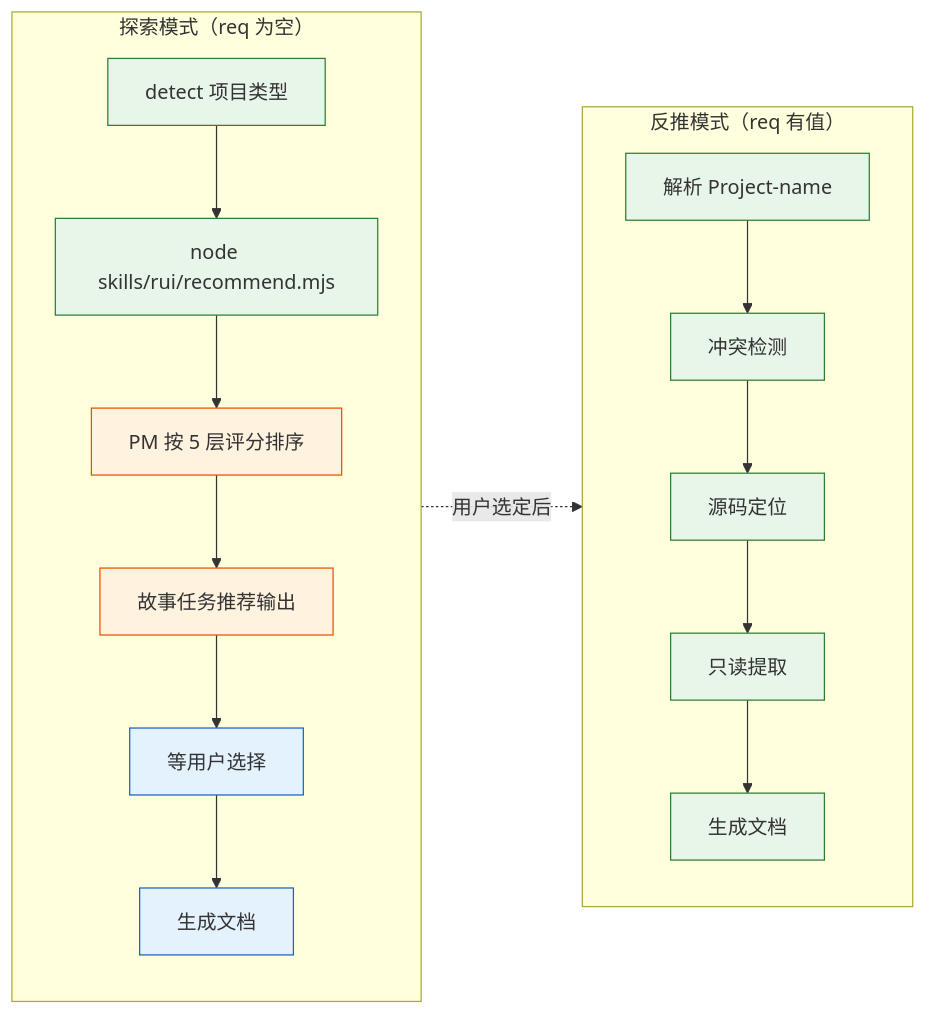
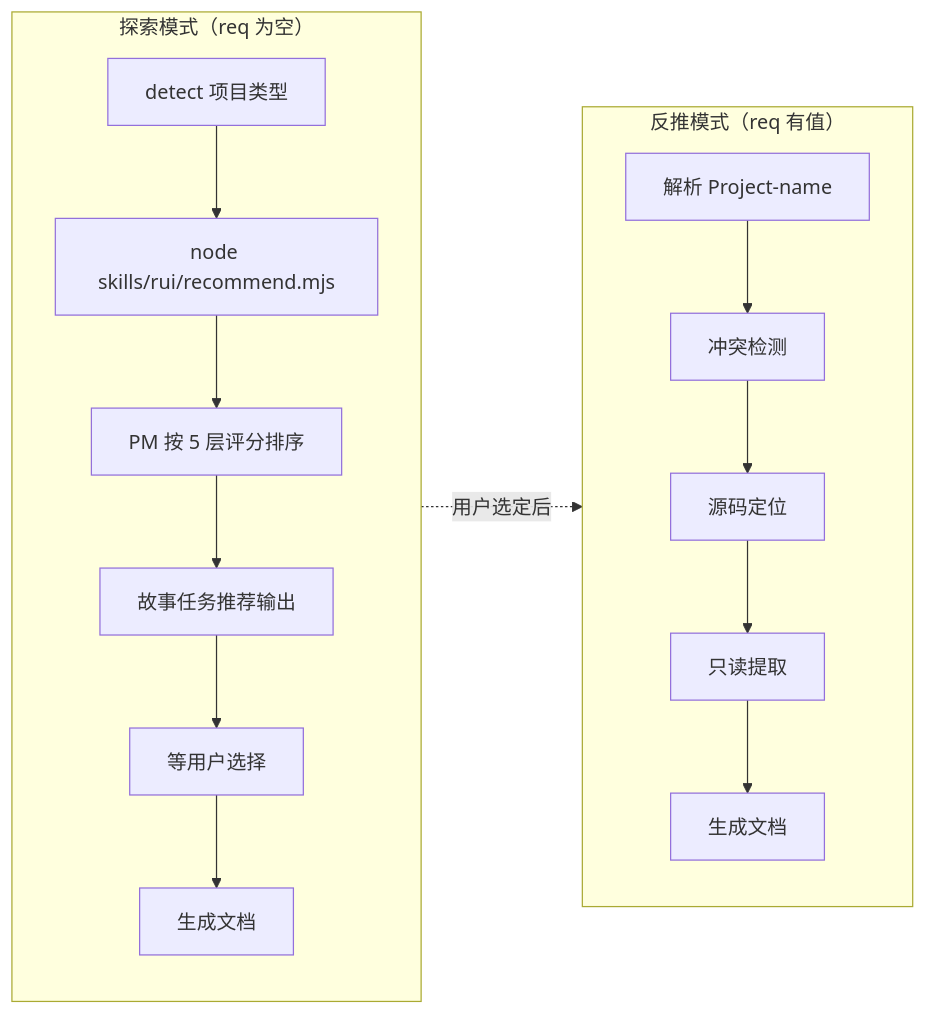
The fourth of 5 diagrams in agents/pm.md (effiy/YrY), drawn with Mermaid before and after one commit. The commit also changed other lines of this file and 9 other files, not shown here.

````diff
--- a/agents/pm.md
+++ b/agents/pm.md
@@ -111,22 +103,18 @@
 ```mermaid
 flowchart LR
     subgraph explore["探索模式（req 为空）"]
         E0["detect 项目类型"]:::tool --> E1["node skills/rui/recommend.mjs"]:::tool
         E1 --> E2["PM 按 5 层评分排序"]:::llm
         E2 --> E3["故事任务推荐输出"]:::llm
         E3 --> E4["等用户选择"]:::exp
         E4 --> E5["生成文档"]:::exp
     end
     subgraph direct["反推模式（req 有值）"]
         D1["解析 Project-name"]:::dir --> D2["冲突检测"]:::dir
         D2 --> D3["源码定位"]:::dir
         D3 --> D4["只读提取"]:::dir
         D4 --> D5["生成文档"]:::dir
     end
     explore -.->|"用户选定后"| direct
 
-    classDef tool fill:#e8f5e9,stroke:#2e7d32;
-    classDef llm fill:#fff3e0,stroke:#e65100;
-    classDef exp fill:#e3f2fd,stroke:#1565c0;
-    classDef dir fill:#e8f5e9,stroke:#2e7d32;
 ```
````
